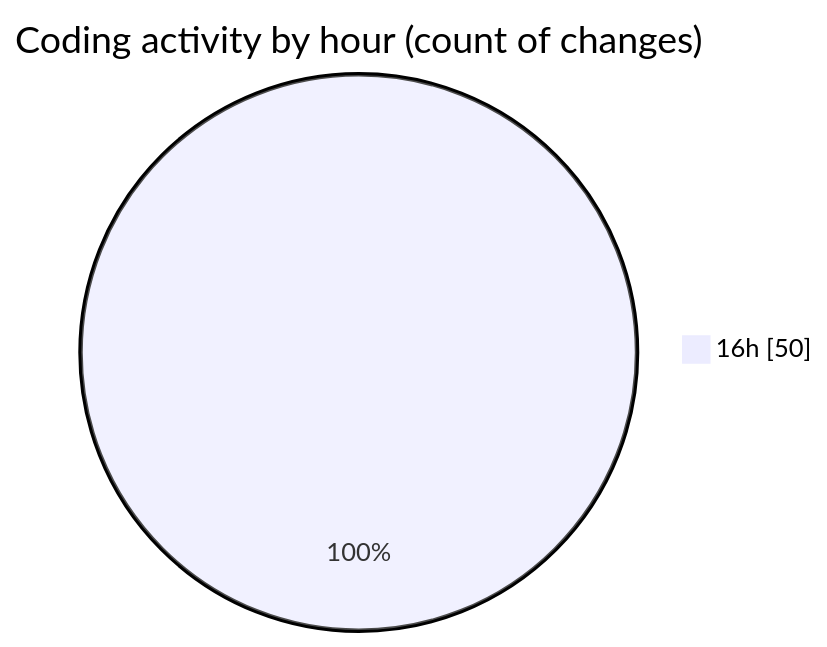
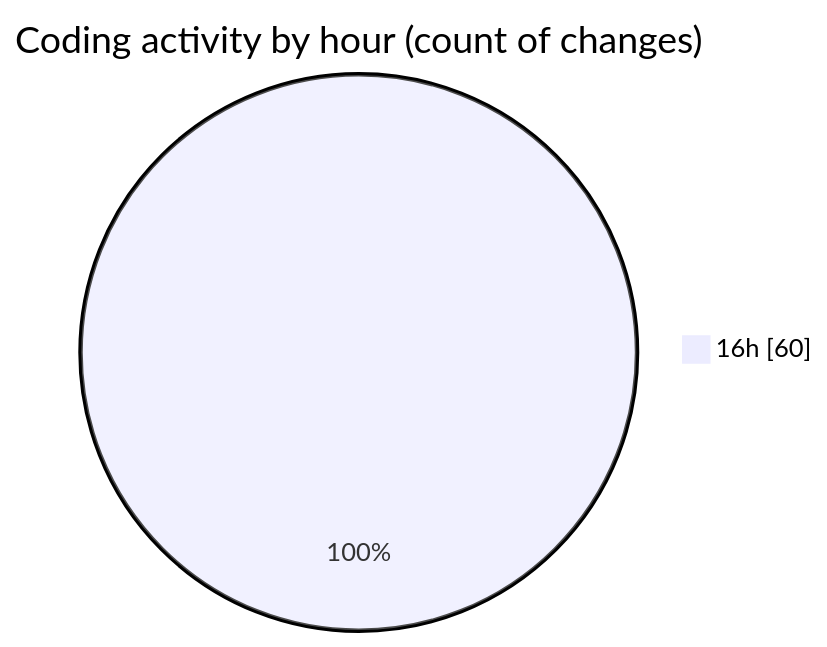
One commit to momahboobian/code-tracking changed the second of 2 diagrams in 2026-07-31/broadcaster-playout-dashboard/README.md. Above: the diagram before and after it, drawn with Mermaid. The commit also changed other lines of this file and 1 other file, not shown here.

````diff
--- a/2026-07-31/broadcaster-playout-dashboard/README.md
+++ b/2026-07-31/broadcaster-playout-dashboard/README.md
@@ -43,5 +47,5 @@
 ```mermaid
 pie showData
 title Coding activity by hour (count of changes)
-"16h" : 50
+"16h" : 60
 ```
````
